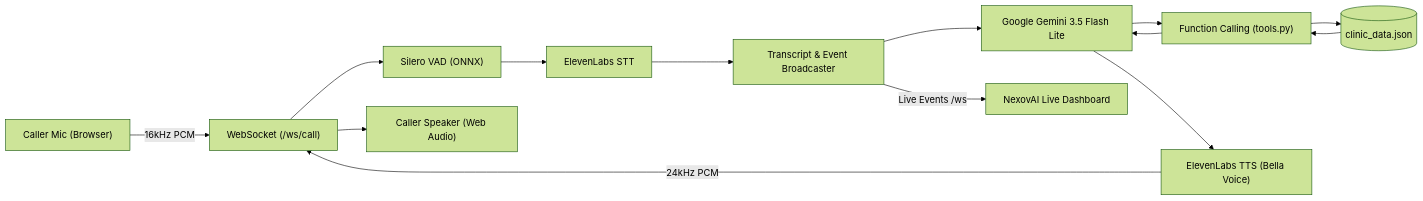
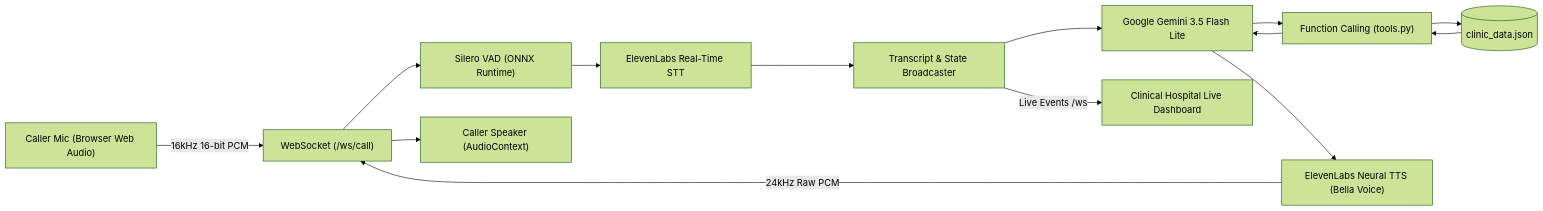
One commit to VenuTeja22/clinic-voice-agent changed the diagram in README.md. Above: the diagram before and after it, drawn with Mermaid (forest theme). The commit also changed other lines of this file and 9 other files, not shown here.

Commit message:
Add workflow diagram PDF to the project

````diff
--- a/README.md
+++ b/README.md
@@ -11,16 +11,16 @@
 ```mermaid
 flowchart LR
-    CallerMic["Caller Mic (Browser)"] -->|16kHz PCM| WSCall["WebSocket (/ws/call)"]
-    WSCall --> VAD["Silero VAD (ONNX)"]
-    VAD --> STT["ElevenLabs STT"]
-    STT --> Broadcaster["Transcript & Event Broadcaster"]
+    CallerMic["Caller Mic (Browser Web Audio)"] -->|16kHz 16-bit PCM| WSCall["WebSocket (/ws/call)"]
+    WSCall --> VAD["Silero VAD (ONNX Runtime)"]
+    VAD --> STT["ElevenLabs Real-Time STT"]
+    STT --> Broadcaster["Transcript & State Broadcaster"]
     Broadcaster --> LLM["Google Gemini 3.5 Flash Lite"]
     LLM --> Tools["Function Calling (tools.py)"]
     Tools --> JSONStore[("clinic_data.json")]
     JSONStore --> Tools
     Tools --> LLM
-    LLM --> TTS["ElevenLabs TTS (Bella Voice)"]
-    TTS -->|24kHz PCM| WSCall
-    WSCall --> CallerSpk["Caller Speaker (Web Audio)"]
-    Broadcaster -->|Live Events /ws| Dashboard["NexovAI Live Dashboard"]
+    LLM --> TTS["ElevenLabs Neural TTS (Bella Voice)"]
+    TTS -->|24kHz Raw PCM| WSCall
+    WSCall --> CallerSpk["Caller Speaker (AudioContext)"]
+    Broadcaster -->|Live Events /ws| Dashboard["Clinical Hospital Live Dashboard"]
 ```
````
